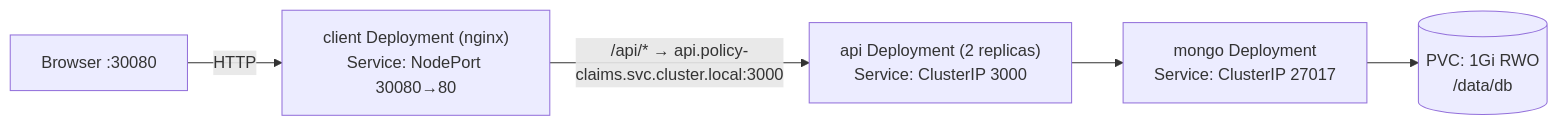
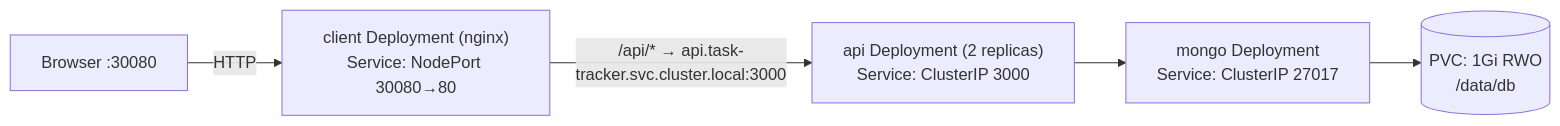
One commit to iltStudent11/FSEP-Final-Project-Task-Tracker changed the seventh of 8 diagrams in docs/ARCHITECTURE.md. Above: the diagram before and after it, drawn with Mermaid. The commit also changed other lines of this file, not shown here.

Commit message:
fix: enhance architecture documentation for clarity and accuracy

````diff
--- a/docs/ARCHITECTURE.md
+++ b/docs/ARCHITECTURE.md
@@ -159,7 +164,7 @@
 ```mermaid
 flowchart LR
     B["Browser :30080"] -->|HTTP| C["client Deployment (nginx)<br/>Service: NodePort 30080→80"]
-    C -->|"/api/* → api.policy-claims.svc.cluster.local:3000"| A["api Deployment (2 replicas)<br/>Service: ClusterIP 3000"]
+    C -->|"/api/* → api.task-tracker.svc.cluster.local:3000"| A["api Deployment (2 replicas)<br/>Service: ClusterIP 3000"]
     A --> M["mongo Deployment<br/>Service: ClusterIP 27017"]
     M --> PVC[("PVC: 1Gi RWO<br/>/data/db")]
 ```
````
